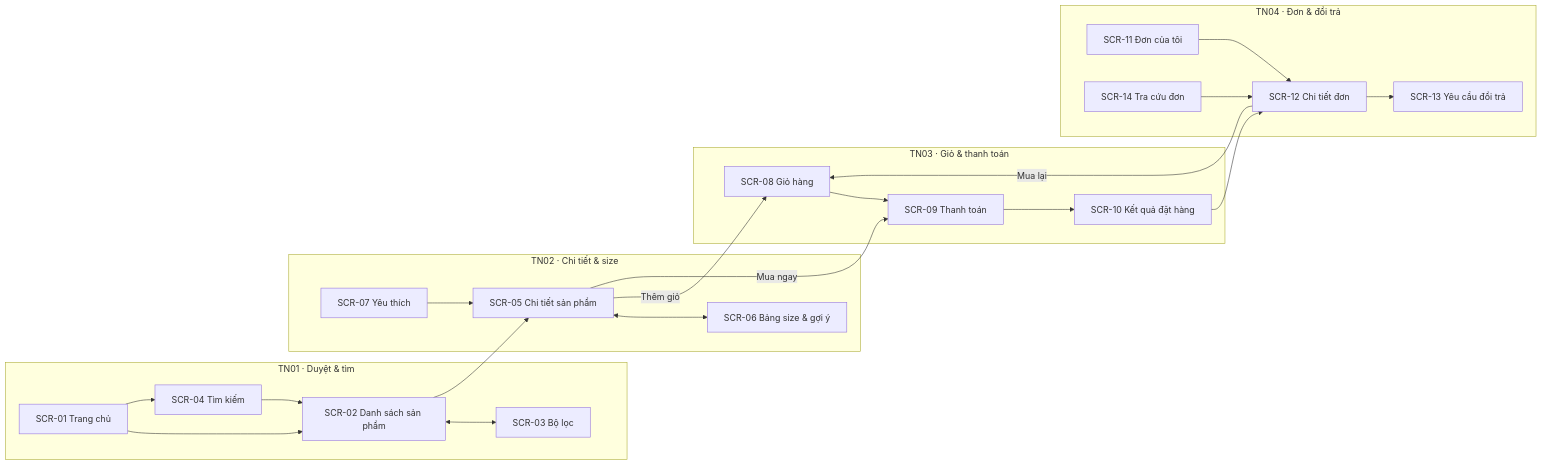
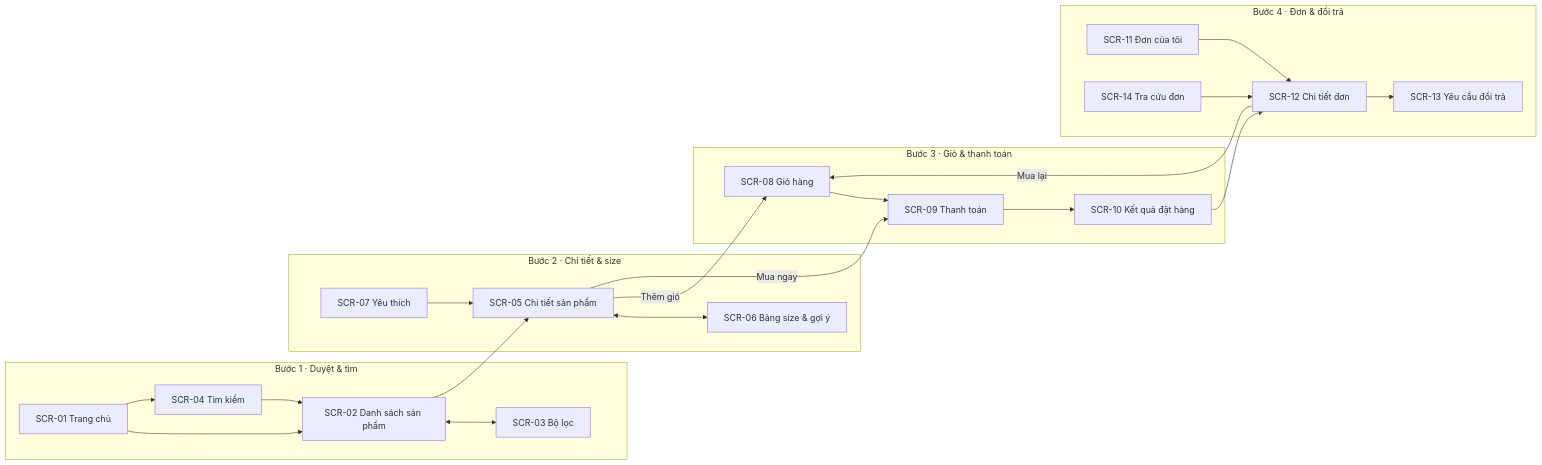
Before and after one commit to uxfoundation-vn/de03-website-mua-quan-ao: the second of 2 diagrams in README.md, drawn with Mermaid. The commit also changed other lines of this file and 10 other files, not shown here.

````diff
--- a/README.md
+++ b/README.md
@@ -44,39 +50,39 @@
 ```mermaid
 flowchart LR
-  subgraph TN01["TN01 · Duyệt & tìm"]
+  subgraph L1["Bước 1 · Duyệt & tìm"]
     S01["SCR-01 Trang chủ"]
     S02["SCR-02 Danh sách sản phẩm"]
     S03["SCR-03 Bộ lọc"]
     S04["SCR-04 Tìm kiếm"]
   end
-  subgraph TN02["TN02 · Chi tiết & size"]
+  subgraph L2["Bước 2 · Chi tiết & size"]
     S05["SCR-05 Chi tiết sản phẩm"]
     S06["SCR-06 Bảng size & gợi ý"]
     S07["SCR-07 Yêu thích"]
   end
-  subgraph TN03["TN03 · Giỏ & thanh toán"]
+  subgraph L3["Bước 3 · Giỏ & thanh toán"]
     S08["SCR-08 Giỏ hàng"]
     S09["SCR-09 Thanh toán"]
     S10["SCR-10 Kết quả đặt hàng"]
   end
-  subgraph TN04["TN04 · Đơn & đổi trả"]
+  subgraph L4["Bước 4 · Đơn & đổi trả"]
     S11["SCR-11 Đơn của tôi"]
     S12["SCR-12 Chi tiết đơn"]
     S13["SCR-13 Yêu cầu đổi trả"]
     S14["SCR-14 Tra cứu đơn"]
   end
   S01 --> S02
   S01 --> S04 --> S02
   S02 <--> S03
   S02 --> S05
   S05 <--> S06
   S07 --> S05
   S05 -->|Thêm giỏ| S08
   S05 -->|Mua ngay| S09
   S08 --> S09 --> S10
   S10 --> S12
   S11 --> S12
   S14 --> S12
   S12 --> S13
   S12 -->|Mua lại| S08
 ```
````
